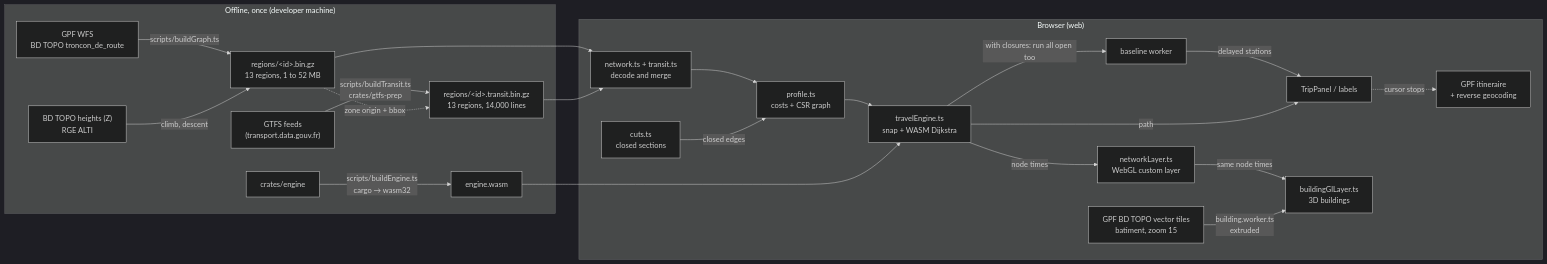
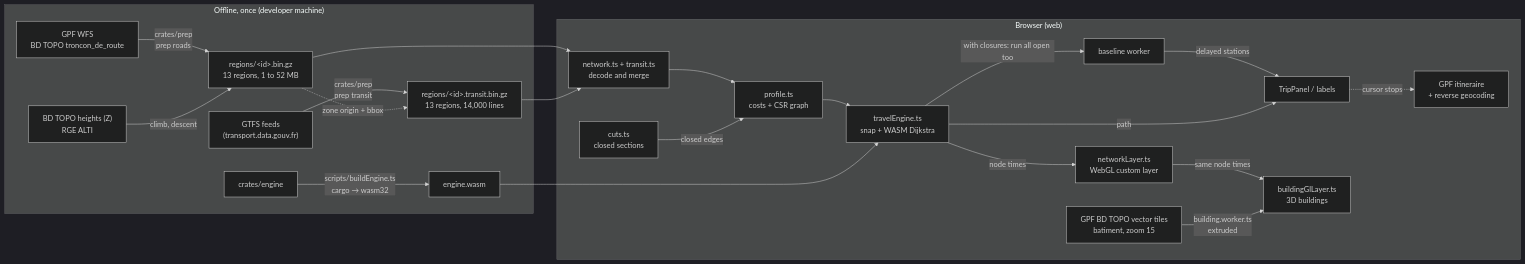
Before and after one commit to IGNF/geo-reach: the first of 2 diagrams in docs/architecture.md, drawn with Mermaid (dark theme). The commit also changed other lines of this file and 46 other files, not shown here.

First line of the commit message:
Data preparation in Rust: one prep tool for roads and public transport

````diff
--- a/docs/architecture.md
+++ b/docs/architecture.md
@@ -9,27 +9,27 @@
 ```mermaid
 flowchart LR
   subgraph prep["Offline, once (developer machine)"]
-    WFS["GPF WFS<br/>BD TOPO troncon_de_route"] -->|scripts/buildGraph.ts| G["regions/&lt;id&gt;.bin.gz<br/>13 regions, 1 to 52 MB"]
+    WFS["GPF WFS<br/>BD TOPO troncon_de_route"] -->|crates/prep<br/>prep roads| G["regions/&lt;id&gt;.bin.gz<br/>13 regions, 1 to 52 MB"]
     Z["BD TOPO heights (Z)<br/>RGE ALTI"] -->|climb, descent| G
-    GTFS["GTFS feeds<br/>(transport.data.gouv.fr)"] -->|scripts/buildTransit.ts<br/>crates/gtfs-prep| T["regions/&lt;id&gt;.transit.bin.gz<br/>13 regions, 14,000 lines"]
+    GTFS["GTFS feeds<br/>(transport.data.gouv.fr)"] -->|crates/prep<br/>prep transit| T["regions/&lt;id&gt;.transit.bin.gz<br/>13 regions, 14,000 lines"]
     G -. zone origin + bbox .-> T
     RS[crates/engine] -->|scripts/buildEngine.ts<br/>cargo → wasm32| W[engine.wasm]
   end
 
   subgraph browser["Browser (web)"]
     L[network.ts + transit.ts<br/>decode and merge] --> P[profile.ts<br/>costs + CSR graph]
     C[cuts.ts<br/>closed sections] -->|closed edges| P
     P --> E[travelEngine.ts<br/>snap + WASM Dijkstra]
     E -->|with closures: run all open too| B[baseline worker]
     B -->|delayed stations| UI
     E -->|node times| R[networkLayer.ts<br/>WebGL custom layer]
     R -->|same node times| BG[buildingGlLayer.ts<br/>3D buildings]
     E -->|path| UI[TripPanel / labels]
     UI -.cursor stops.-> GPF["GPF itineraire<br/>+ reverse geocoding"]
     BT["GPF BD TOPO vector tiles<br/>batiment, zoom 15"] -->|building.worker.ts<br/>extruded| BG
   end
 
   G --> L
   T --> L
   W --> E
 ```
````
